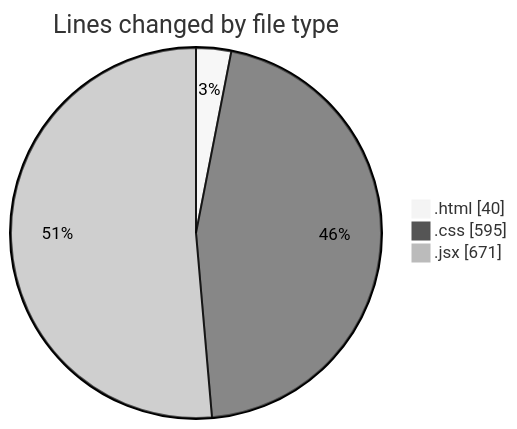
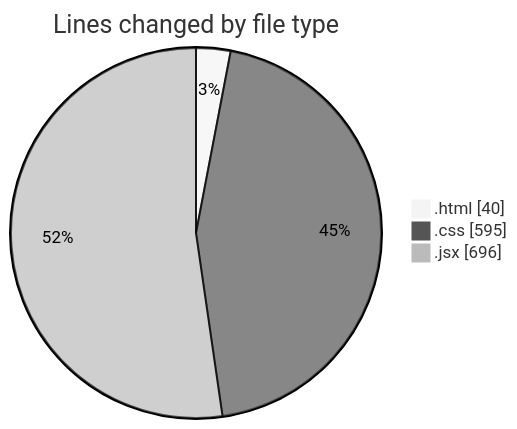
The first of 2 diagrams in 2025-05-26/projects/README.md (Ritupan-Deka/code-tracking), drawn with Mermaid (neutral theme) before and after one commit. The commit also changed other lines of this file and 1 other file, not shown here.

````diff
--- a/2025-05-26/projects/README.md
+++ b/2025-05-26/projects/README.md
@@ -23,7 +23,7 @@
 ```mermaid
 pie showData
 title Lines changed by file type
 ".html" : 40
 ".css" : 595
-".jsx" : 671
+".jsx" : 696
 ```
````
